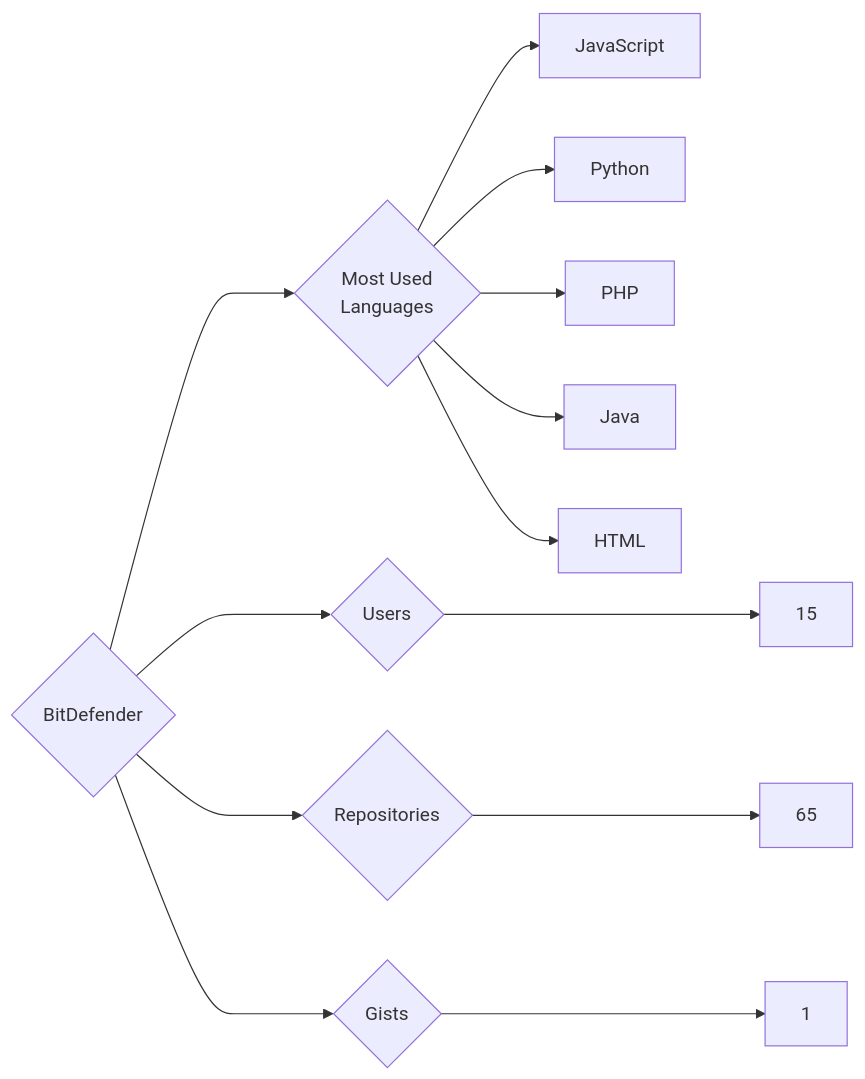
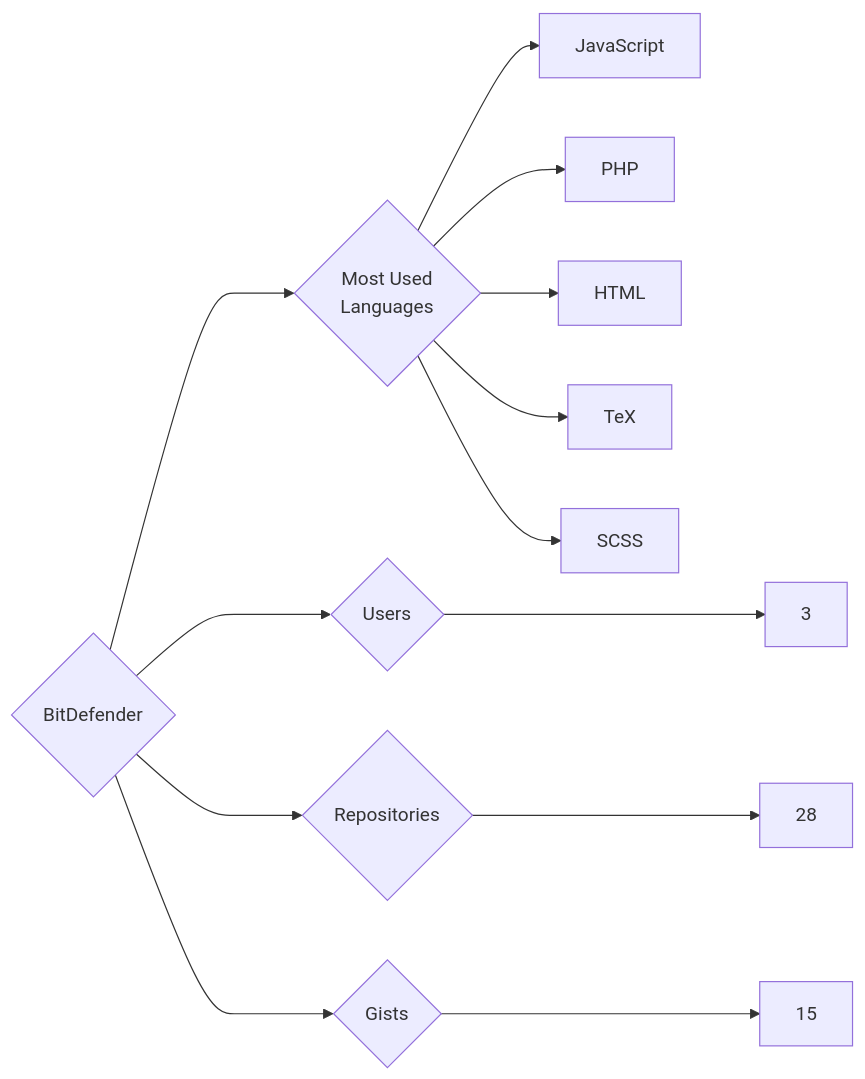
Before and after one commit to trickest/insiders: the diagram in targets/BitDefender/README.md, drawn with Mermaid. The commit also changed 1084 other files, not shown here.

````diff
--- a/targets/BitDefender/README.md
+++ b/targets/BitDefender/README.md
@@ -3,13 +3,13 @@
 ```mermaid
 graph LR
 COMPANY_NAME{BitDefender}
-COMPANY_NAME ---> U{Users} ---> UN[15]
-COMPANY_NAME ---> R{Repositories} ---> RN[65]
-COMPANY_NAME ---> G{Gists} ---> GN[1]
+COMPANY_NAME ---> U{Users} ---> UN[3]
+COMPANY_NAME ---> R{Repositories} ---> RN[28]
+COMPANY_NAME ---> G{Gists} ---> GN[15]
 COMPANY_NAME ---> ML{Most Used<br>Languages}
 ML --> JavaScript[JavaScript]
-ML --> Python[Python]
 ML --> PHP[PHP]
-ML --> Java[Java]
 ML --> HTML[HTML]
+ML --> TeX[TeX]
+ML --> SCSS[SCSS]
 ```
````
